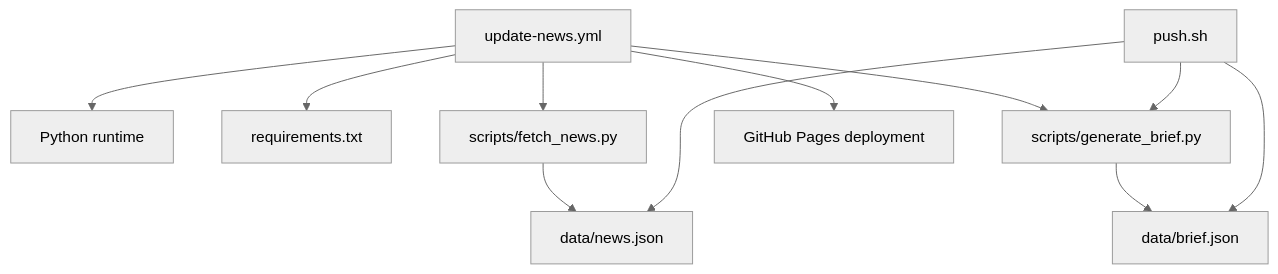
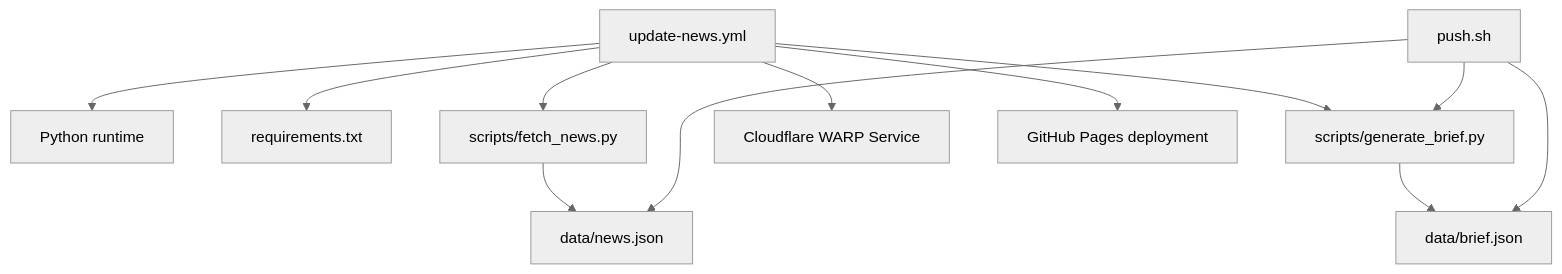
One commit to junxie01/daily_news changed the eighth of 8 diagrams in .qoder/repowiki/en/content/Deployment & Automation.md. Above: the diagram before and after it, drawn with Mermaid (neutral theme). The commit also changed other lines of this file and 4 other files, not shown here.

````diff
--- a/.qoder/repowiki/en/content/Deployment & Automation.md
+++ b/.qoder/repowiki/en/content/Deployment & Automation.md
@@ -332,13 +346,14 @@
 ```mermaid
 graph TB
 W["update-news.yml"] --> P["Python runtime"]
 W --> R["requirements.txt"]
 W --> F["scripts/fetch_news.py"]
 W --> G["scripts/generate_brief.py"]
+W --> WARP["Cloudflare WARP Service"]
 F --> DN["data/news.json"]
 G --> DB["data/brief.json"]
 W --> GP["GitHub Pages deployment"]
 S["push.sh"] --> G
 S --> DN
 S --> DB
 ```
````
